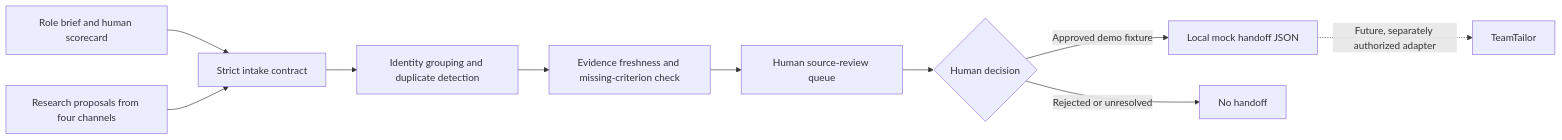
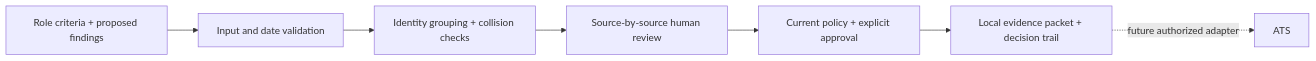
The diagram in README.md (DiadkoShmek/talent-research-workflow-prototype), drawn with Mermaid before and after one commit. The commit also changed other lines of this file and 17 other files, not shown here.

Commit message:
Build Signal Desk interactive evidence review workbench

````diff
--- a/README.md
+++ b/README.md
@@ -23,12 +48,9 @@
 ```mermaid
 flowchart LR
-    A[Role brief and human scorecard] --> C[Strict intake contract]
-    B[Research proposals from four channels] --> C
-    C --> D[Identity grouping and duplicate detection]
-    D --> E[Evidence freshness and missing-criterion check]
-    E --> F[Human source-review queue]
-    F --> G{Human decision}
-    G -->|Approved demo fixture| H[Local mock handoff JSON]
-    G -->|Rejected or unresolved| I[No handoff]
-    H -. Future, separately authorized adapter .-> J[TeamTailor]
+    A[Role criteria + proposed findings] --> B[Input and date validation]
+    B --> C[Identity grouping + collision checks]
+    C --> D[Source-by-source human review]
+    D --> E[Current policy + explicit approval]
+    E --> F[Local evidence packet + decision trail]
+    F -. future authorized adapter .-> G[ATS]
 ```
````
